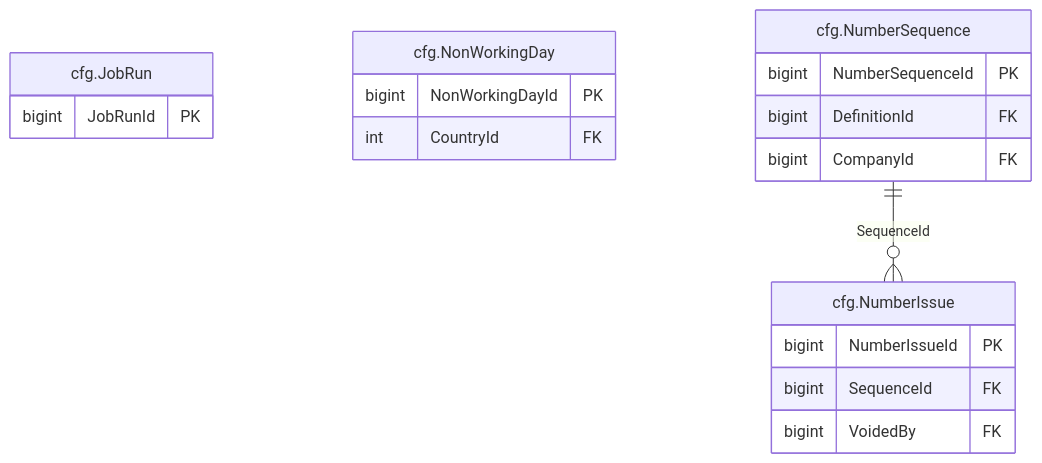
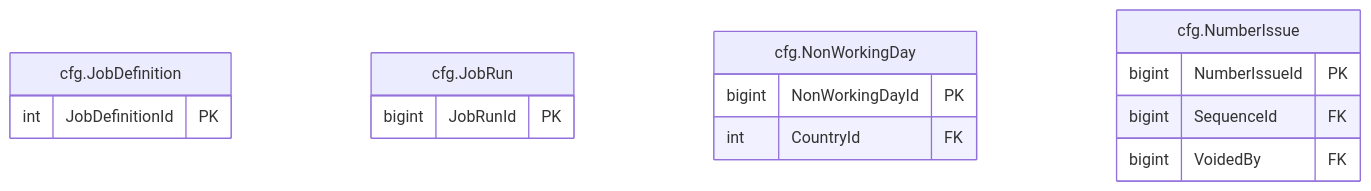
Before and after one commit to thawrasy/smartlines: the diagram in treasury-platform/docs/diagrams/erd/m0_config_2.mmd, drawn with Mermaid. The commit also changed 78 other files, not shown here.

First line of the commit message:
Design-and-ERD document and its diagrams rebuilt for the S1 entry conditions

```diff
--- a/treasury-platform/docs/diagrams/erd/m0_config_2.mmd
+++ b/treasury-platform/docs/diagrams/erd/m0_config_2.mmd
@@ -1,20 +1,17 @@
 %% م0 · الإعدادات والمهام الخلفية (2/4) — Configuration & background jobs
 erDiagram
+  cfg_JobDefinition["cfg.JobDefinition"] {
+    int JobDefinitionId PK
+  }
   cfg_JobRun["cfg.JobRun"] {
     bigint JobRunId PK
   }
   cfg_NonWorkingDay["cfg.NonWorkingDay"] {
     bigint NonWorkingDayId PK
     int CountryId FK
   }
   cfg_NumberIssue["cfg.NumberIssue"] {
     bigint NumberIssueId PK
     bigint SequenceId FK
     bigint VoidedBy FK
   }
-  cfg_NumberSequence["cfg.NumberSequence"] {
-    bigint NumberSequenceId PK
-    bigint DefinitionId FK
-    bigint CompanyId FK
-  }
-  cfg_NumberSequence ||--o{ cfg_NumberIssue : "SequenceId"
```
